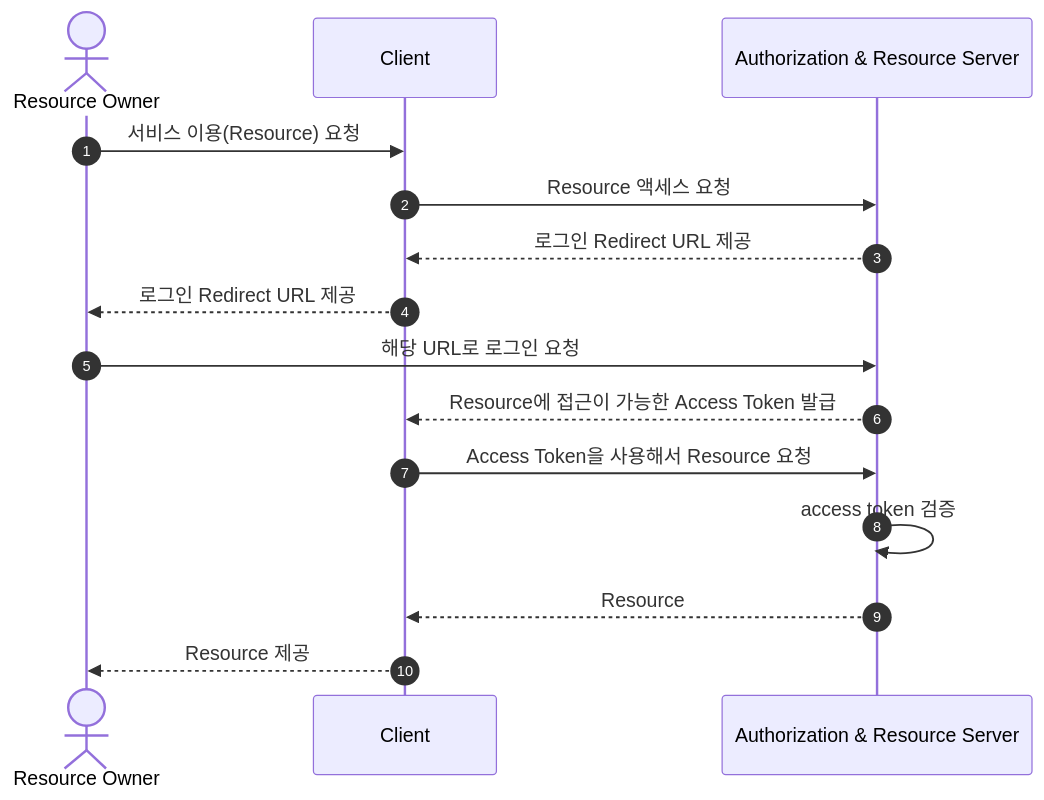
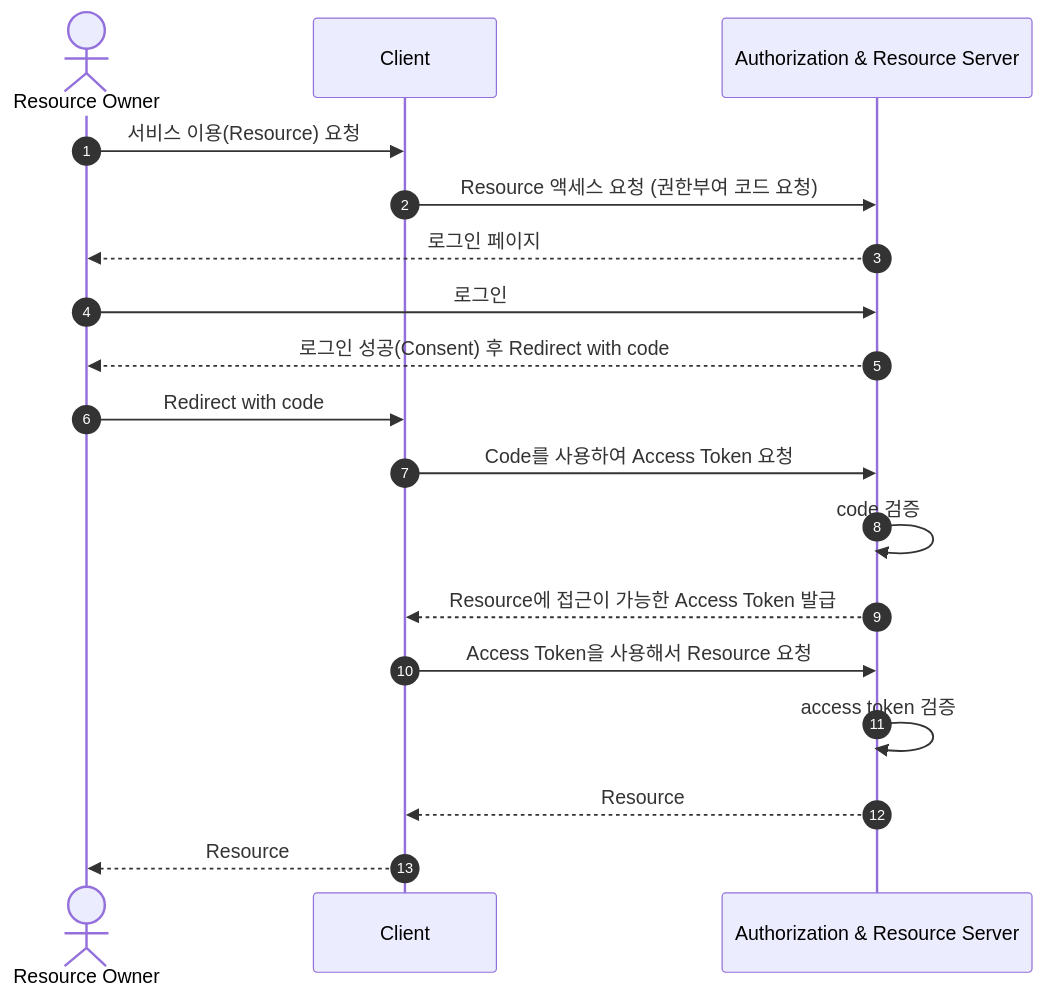
The second of 4 diagrams in README.md (nooose/spring-security), drawn with Mermaid before and after one commit. The commit also changed other lines of this file, not shown here.

````diff
--- a/README.md
+++ b/README.md
@@ -121,18 +121,21 @@
 ```mermaid
 sequenceDiagram
     autonumber
     Actor O as Resource Owner
     participant C as Client
     participant S as Authorization & Resource Server
 
     O->>C: 서비스 이용(Resource) 요청
-    C->>S: Resource 액세스 요청
-    S-->>C: 로그인 Redirect URL 제공
-    C-->>O: 로그인 Redirect URL 제공
-    O->>S: 해당 URL로 로그인 요청
+    C->>S: Resource 액세스 요청 (권한부여 코드 요청)
+    S-->>O: 로그인 페이지
+    O->>S: 로그인
+    S-->>O: 로그인 성공(Consent) 후 Redirect with code
+    O->>C: Redirect with code
+    C->>S: Code를 사용하여 Access Token 요청
+    S->>S: code 검증
     S-->>C: Resource에 접근이 가능한 Access Token 발급
     C->>S: Access Token을 사용해서 Resource 요청
     S->>S: access token 검증
     S-->>C: Resource
-    C-->>O: Resource 제공
+    C-->>O: Resource
 ```
````
